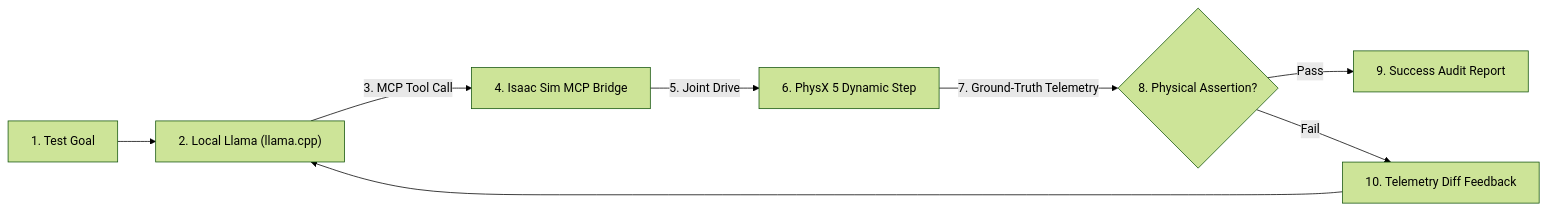
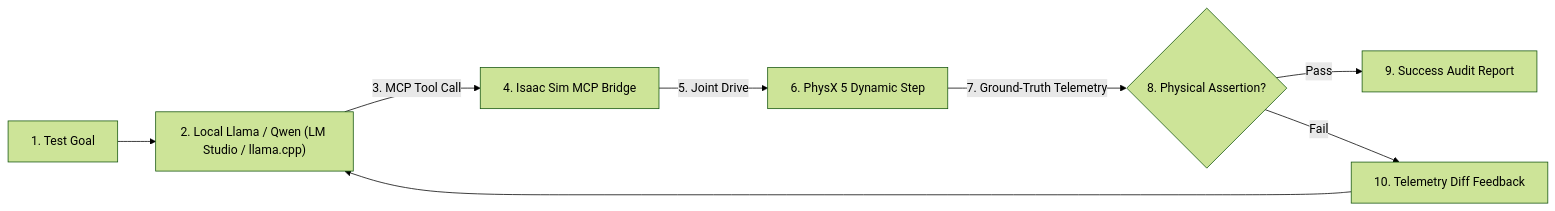
The second of 2 diagrams in README.md (Comet-Aerobotics/Rover-Simulation), drawn with Mermaid (forest theme) before and after one commit. The commit also changed other lines of this file and 2 other files, not shown here.

Commit message:
docs: add LM Studio MCP screenshot and update verified hardware to RTX A4000

````diff
--- a/README.md
+++ b/README.md
@@ -99,10 +99,10 @@
 ```mermaid
 flowchart LR
-    Goal["1. Test Goal"] --> Model["2. Local Llama (llama.cpp)"]
+    Goal["1. Test Goal"] --> Model["2. Local Llama / Qwen (LM Studio / llama.cpp)"]
     Model -->|"3. MCP Tool Call"| Bridge["4. Isaac Sim MCP Bridge"]
     Bridge -->|"5. Joint Drive"| PhysX["6. PhysX 5 Dynamic Step"]
     PhysX -->|"7. Ground-Truth Telemetry"| Assertion{"8. Physical Assertion?"}
     Assertion -->|"Pass"| Report["9. Success Audit Report"]
     Assertion -->|"Fail"| Feedback["10. Telemetry Diff Feedback"]
     Feedback --> Model
 ```
````
